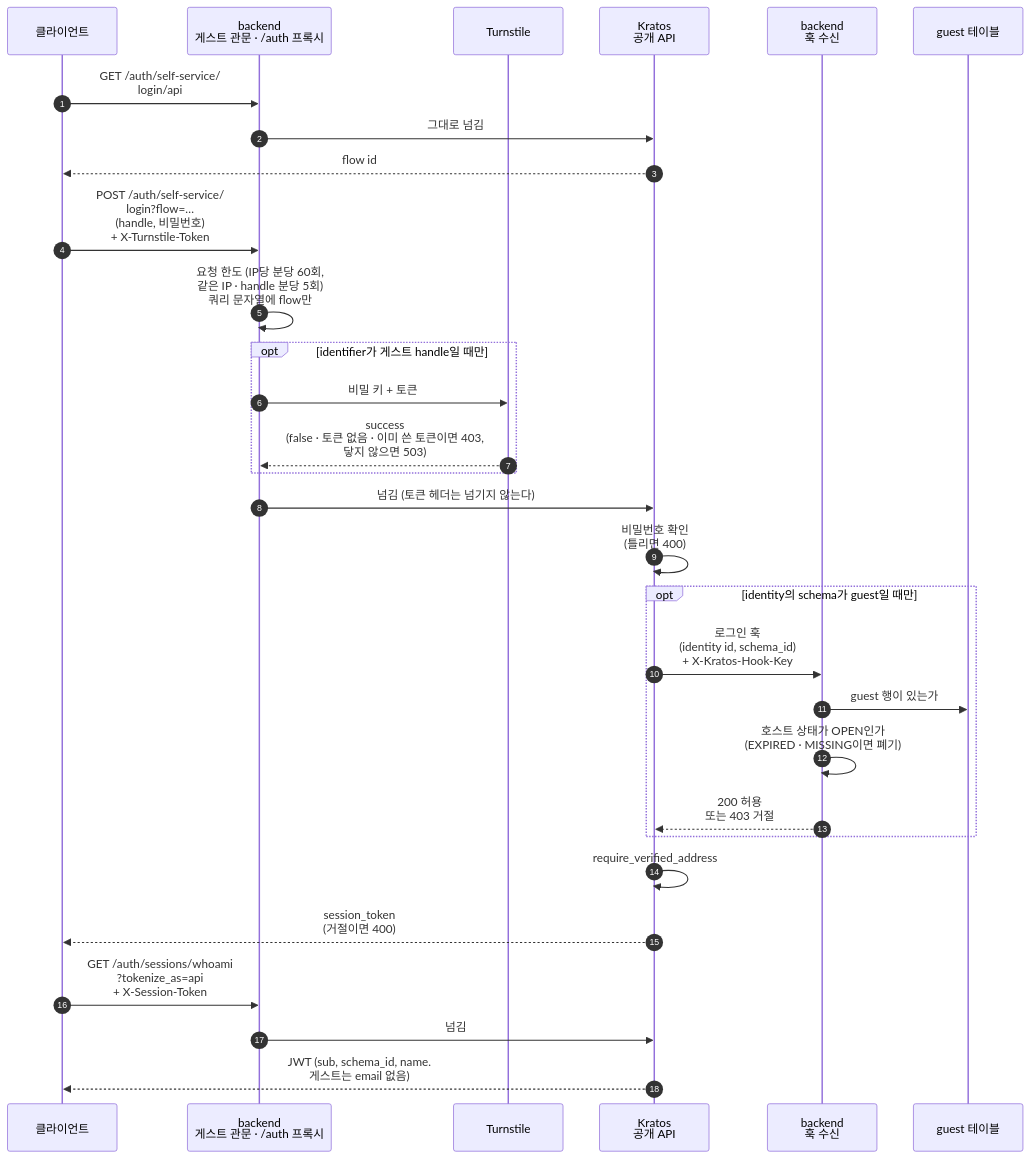
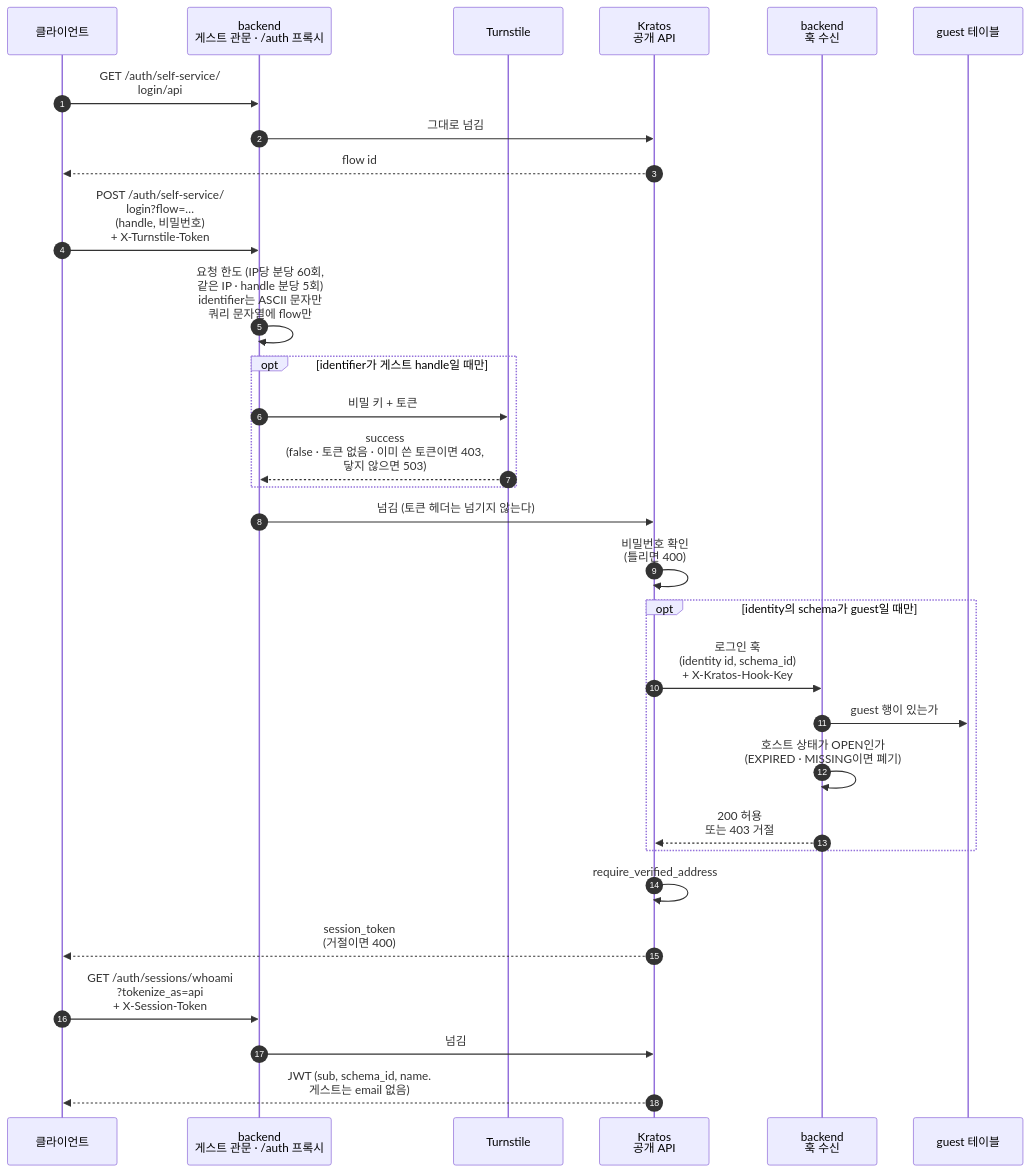
Before and after one commit to onprem-hipster-timer/backend: the third of 10 diagrams in docs/guides/guest.ko.md, drawn with Mermaid. The commit also changed other lines of this file and 5 other files, not shown here.

````diff
--- a/docs/guides/guest.ko.md
+++ b/docs/guides/guest.ko.md
@@ -173,35 +173,35 @@
 ```mermaid
 sequenceDiagram
     autonumber
     participant C as 클라이언트
     participant P as backend<br/>게스트 관문 · /auth 프록시
     participant T as Turnstile
     participant K as Kratos<br/>공개 API
     participant H as backend<br/>훅 수신
     participant D as guest 테이블
 
     C->>P: GET /auth/self-service/<br/>login/api
     P->>K: 그대로 넘김
     K-->>C: flow id
 
     C->>P: POST /auth/self-service/<br/>login?flow=…<br/>(handle, 비밀번호)<br/>+ X-Turnstile-Token
-    P->>P: 요청 한도 (IP당 분당 60회,<br/>같은 IP · handle 분당 5회)<br/>쿼리 문자열에 flow만
+    P->>P: 요청 한도 (IP당 분당 60회,<br/>같은 IP · handle 분당 5회)<br/>identifier는 ASCII 문자만<br/>쿼리 문자열에 flow만
     opt identifier가 게스트 handle일 때만
         P->>T: 비밀 키 + 토큰
         T-->>P: success<br/>(false · 토큰 없음 · 이미 쓴 토큰이면 403,<br/>닿지 않으면 503)
     end
     P->>K: 넘김 (토큰 헤더는 넘기지 않는다)
     K->>K: 비밀번호 확인<br/>(틀리면 400)
     opt identity의 schema가 guest일 때만
         K->>H: 로그인 훅<br/>(identity id, schema_id)<br/>+ X-Kratos-Hook-Key
         H->>D: guest 행이 있는가
         H->>H: 호스트 상태가 OPEN인가<br/>(EXPIRED · MISSING이면 폐기)
         H-->>K: 200 허용<br/>또는 403 거절
     end
     K->>K: require_verified_address
     K-->>C: session_token<br/>(거절이면 400)
 
     C->>P: GET /auth/sessions/whoami<br/>?tokenize_as=api<br/>+ X-Session-Token
     P->>K: 넘김
     K-->>C: JWT (sub, schema_id, name.<br/>게스트는 email 없음)
 ```
````
